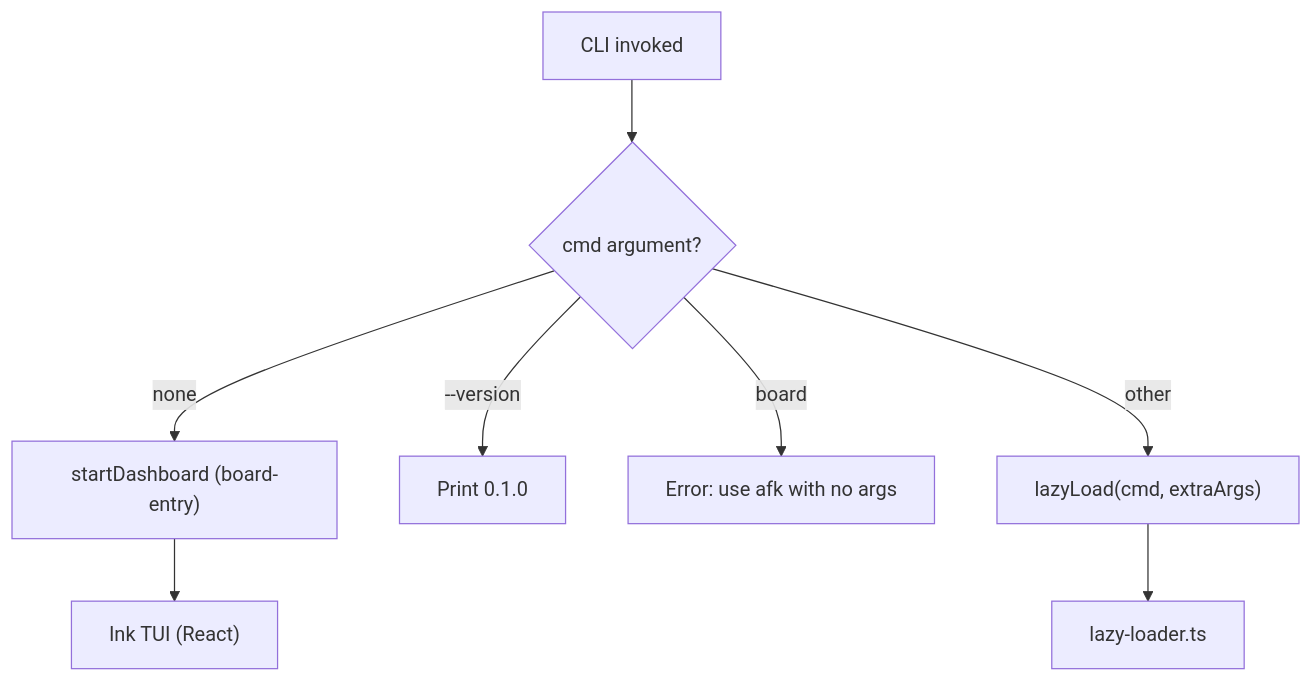
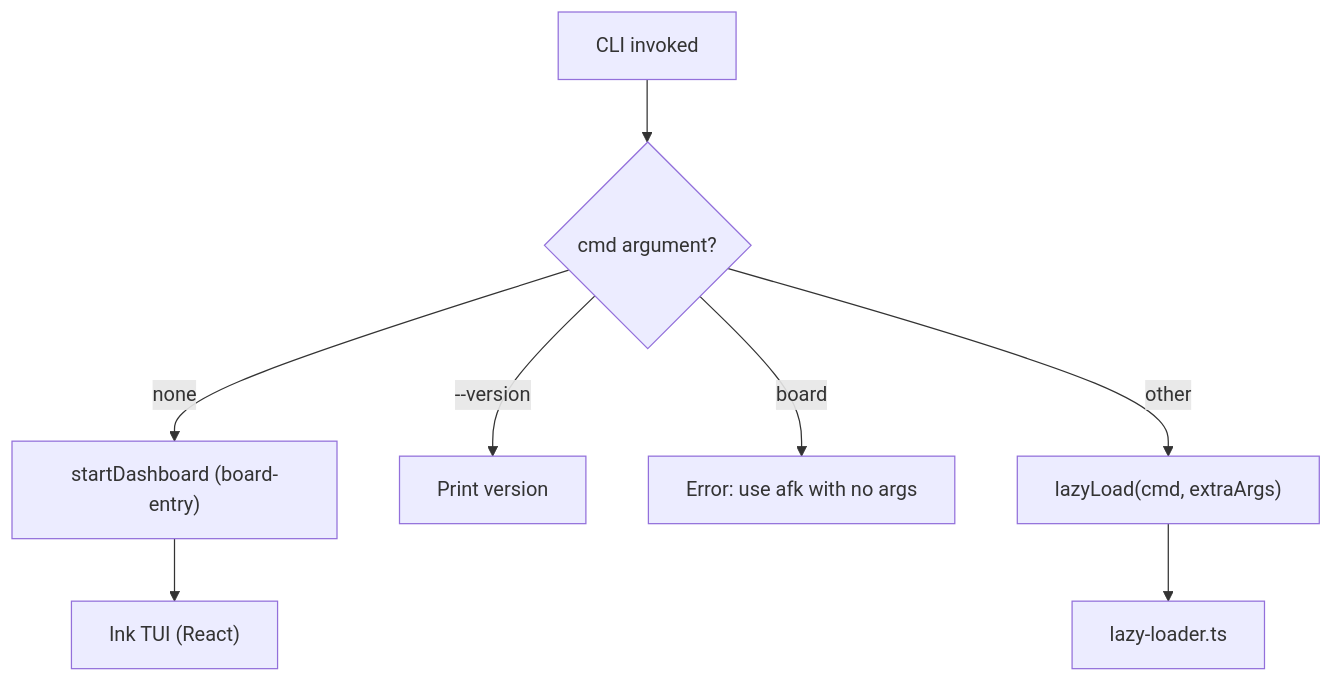
One commit to easyhaloo/afk changed the tenth of 17 diagrams in docs/ARCHITECTURE.md. Above: the diagram before and after it, drawn with Mermaid. The commit also changed other lines of this file and 1 other file, not shown here.

First line of the commit message:
docs: align ARCHITECTURE docs with actual implementation

````diff
--- a/docs/ARCHITECTURE.md
+++ b/docs/ARCHITECTURE.md
@@ -609,10 +620,10 @@
 ```mermaid
 graph TD
     A["CLI invoked"] --> B{"cmd argument?"}
     B -->|none| TUI["startDashboard (board-entry)"]
-    B -->|--version| Ver["Print 0.1.0"]
+    B -->|--version| Ver["Print version"]
     B -->|board| Err["Error: use afk with no args"]
     B -->|other| LL["lazyLoad(cmd, extraArgs)"]
     TUI --> Ink["Ink TUI (React)"]
     LL --> LZ["lazy-loader.ts"]
 ```
````
